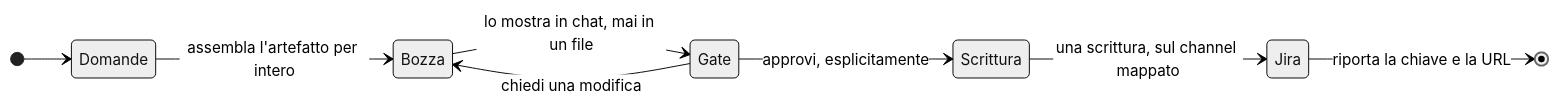
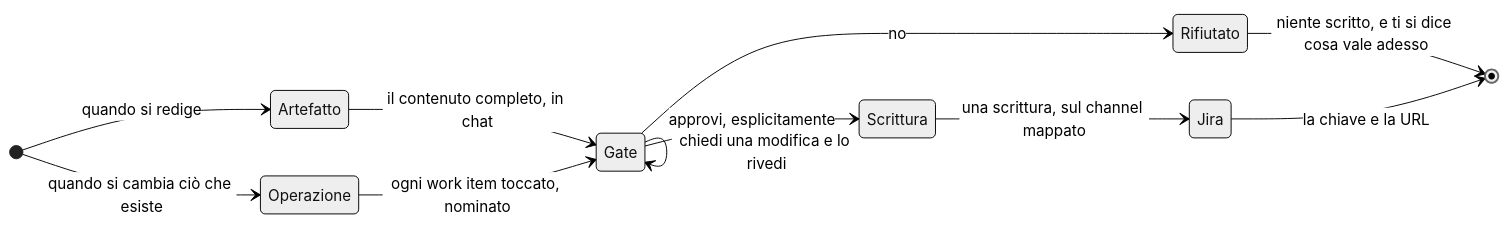
Before and after one commit to codeskine/jira-skills: the third of 4 diagrams in docs/development-process.it.md, drawn with Mermaid (neutral theme). The commit also changed other lines of this file and 25 other files, not shown here.

````diff
--- a/docs/development-process.it.md
+++ b/docs/development-process.it.md
@@ -108,11 +108,14 @@
 ```mermaid
 stateDiagram-v2
     direction LR
-    [*] --> Domande
-    Domande --> Bozza : assembla l'artefatto per intero
-    Bozza --> Gate : lo mostra in chat, mai in un file
-    Gate --> Bozza : chiedi una modifica
+    [*] --> Artefatto : quando si redige
+    [*] --> Operazione : quando si cambia ciò che esiste
+    Artefatto --> Gate : il contenuto completo, in chat
+    Operazione --> Gate : ogni work item toccato, nominato
+    Gate --> Gate : chiedi una modifica e lo rivedi
+    Gate --> Rifiutato : no
     Gate --> Scrittura : approvi, esplicitamente
+    Rifiutato --> [*] : niente scritto, e ti si dice cosa vale adesso
     Scrittura --> Jira : una scrittura, sul channel mappato
-    Jira --> [*] : riporta la chiave e la URL
+    Jira --> [*] : la chiave e la URL
 ```
````
